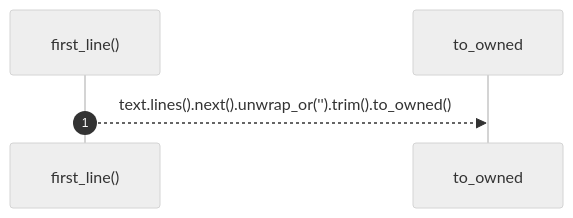
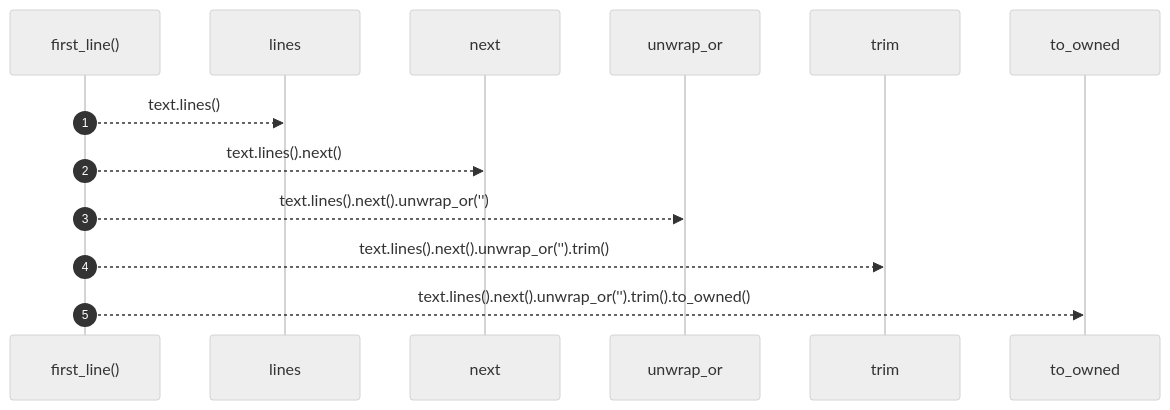
The diagram in docs/self-model/robby_render/tree/first-line.md (RyanGuild/self-describing-code), drawn with Mermaid (neutral theme) before and after one commit. The commit also changed other lines of this file and 1404 other files, not shown here.

````diff
--- a/docs/self-model/robby_render/tree/first-line.md
+++ b/docs/self-model/robby_render/tree/first-line.md
@@ -18,7 +18,15 @@
 ```mermaid
 sequenceDiagram
     autonumber
     participant first_line as first_line()
+    participant lines as lines
+    participant next as next
+    participant unwrap_or as unwrap_or
+    participant trim as trim
     participant to_owned as to_owned
+    first_line-->>lines: text.lines()
+    first_line-->>next: text.lines().next()
+    first_line-->>unwrap_or: text.lines().next().unwrap_or('')
+    first_line-->>trim: text.lines().next().unwrap_or('').trim()
     first_line-->>to_owned: text.lines().next().unwrap_or('').trim().to_owned()
 ```
````
